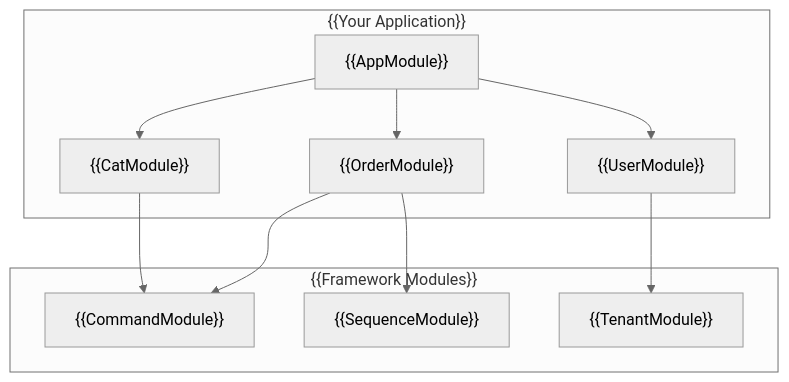
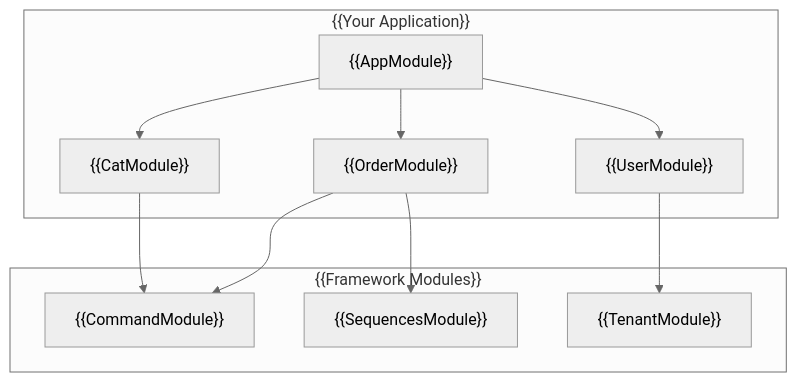
One commit to mbc-net/mbc-cqrs-serverless-doc changed the diagram in docs/modules.md. Above: the diagram before and after it, drawn with Mermaid (neutral theme). The commit also changed other lines of this file and 118 other files, not shown here.

````diff
--- a/docs/modules.md
+++ b/docs/modules.md
@@ -11,20 +11,20 @@
 ```mermaid
 graph TB
     subgraph "{{Your Application}}"
         A["{{AppModule}}"]
         A --> B["{{CatModule}}"]
         A --> C["{{OrderModule}}"]
         A --> D["{{UserModule}}"]
     end
 
     subgraph "{{Framework Modules}}"
         E["{{CommandModule}}"]
-        F["{{SequenceModule}}"]
+        F["{{SequencesModule}}"]
         G["{{TenantModule}}"]
     end
 
     B --> E
     C --> E
     C --> F
     D --> G
 ```
````
